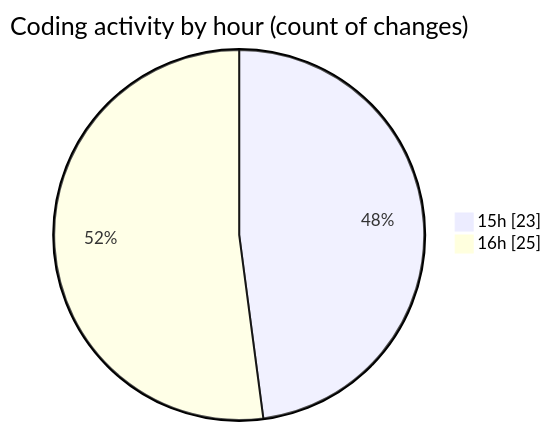
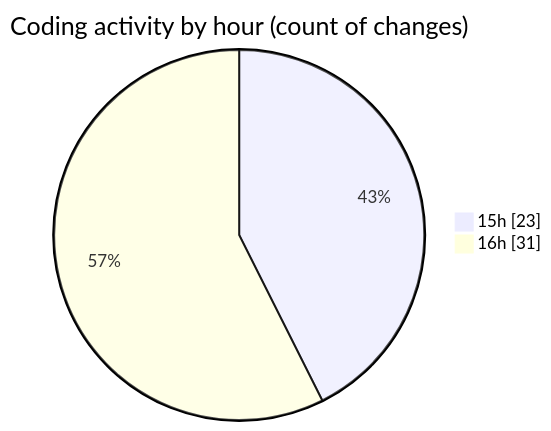
The second of 2 diagrams in 2025-04-01/back-end/README.md (Netris89/code-tracking), drawn with Mermaid before and after one commit. The commit also changed other lines of this file and 1 other file, not shown here.

````diff
--- a/2025-04-01/back-end/README.md
+++ b/2025-04-01/back-end/README.md
@@ -31,6 +31,6 @@
 ```mermaid
 pie showData
 title Coding activity by hour (count of changes)
 "15h" : 23
-"16h" : 25
+"16h" : 31
 ```
````
